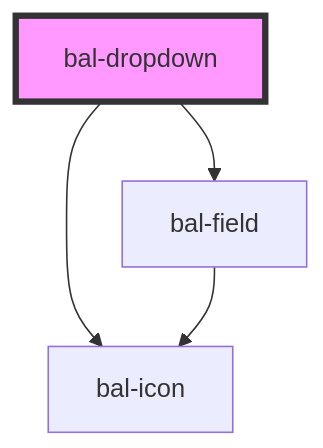
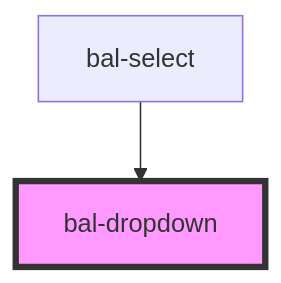
One commit to baloise/ui-library-next changed the diagram in packages/library/src/components/dropdown/readme.md. Above: the diagram before and after it, drawn with Mermaid. The commit also changed other lines of this file and 13 other files, not shown here.

````diff
--- a/packages/library/src/components/dropdown/readme.md
+++ b/packages/library/src/components/dropdown/readme.md
@@ -234,7 +194,5 @@
 ```mermaid
 graph TD;
-  bal-dropdown --> bal-icon
-  bal-dropdown --> bal-field
-  bal-field --> bal-icon
+  bal-select --> bal-dropdown
   style bal-dropdown fill:#f9f,stroke:#333,stroke-width:4px
 ```
````
